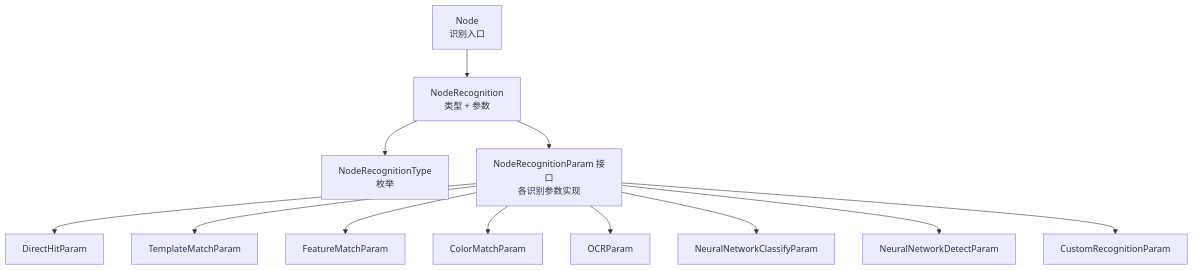
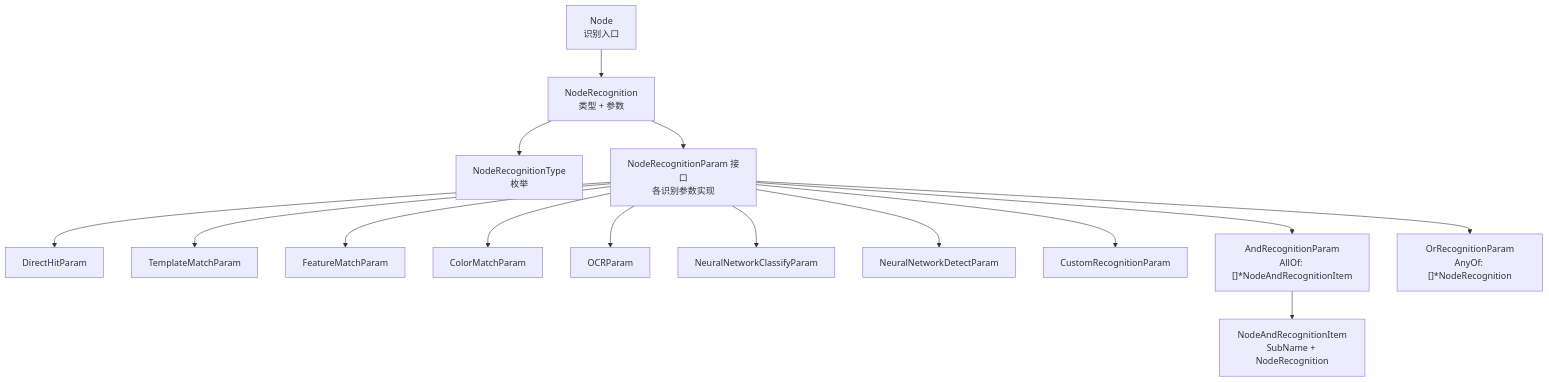
Before and after one commit to kqcoxn/MaaPipelineEditor: the first of 4 diagrams in instructions/maafw-golang-binding/高级功能/流水线配置/节点结构详解/识别配置详解/识别配置详解.md, drawn with Mermaid. The commit also changed other lines of this file and 7 other files, not shown here.

````diff
--- a/instructions/maafw-golang-binding/高级功能/流水线配置/节点结构详解/识别配置详解/识别配置详解.md
+++ b/instructions/maafw-golang-binding/高级功能/流水线配置/节点结构详解/识别配置详解/识别配置详解.md
@@ -32,14 +43,17 @@
 ```mermaid
 graph TB
 A["Node<br/>识别入口"] --> B["NodeRecognition<br/>类型 + 参数"]
 B --> C["NodeRecognitionType<br/>枚举"]
 B --> D["NodeRecognitionParam 接口<br/>各识别参数实现"]
 D --> E["DirectHitParam"]
 D --> F["TemplateMatchParam"]
 D --> G["FeatureMatchParam"]
 D --> H["ColorMatchParam"]
 D --> I["OCRParam"]
 D --> J["NeuralNetworkClassifyParam"]
 D --> K["NeuralNetworkDetectParam"]
 D --> L["CustomRecognitionParam"]
+D --> M["AndRecognitionParam<br/>AllOf: []*NodeAndRecognitionItem"]
+D --> N["OrRecognitionParam<br/>AnyOf: []*NodeRecognition"]
+M --> O["NodeAndRecognitionItem<br/>SubName + NodeRecognition"]
 ```
````
